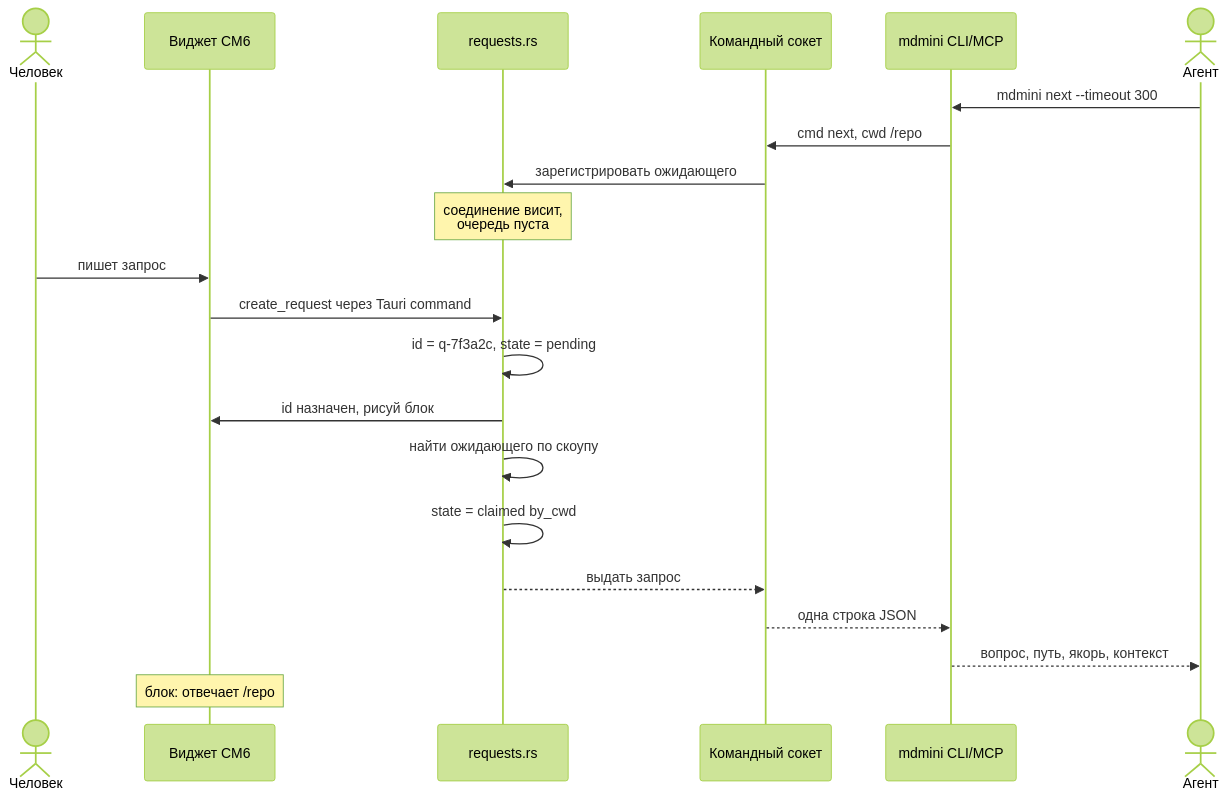
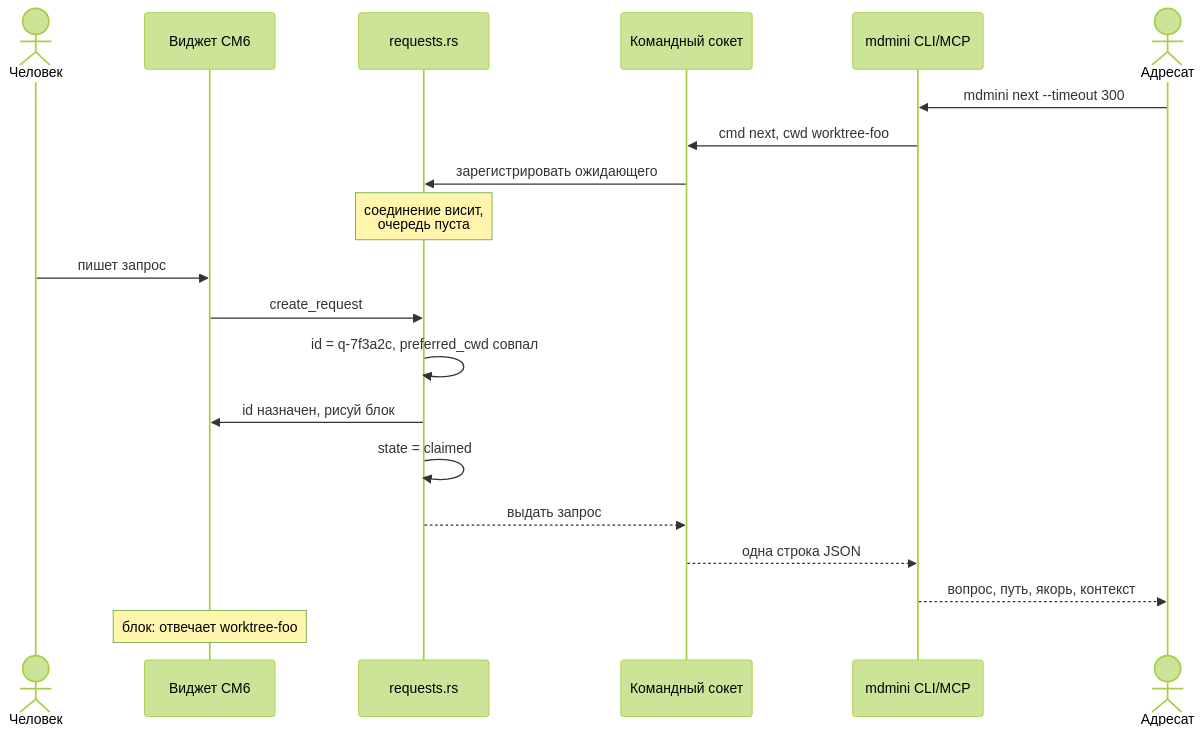
Diagram 12 of 19 in docs/superpowers/specs/2026-08-23-document-requests-design.md (malinborn/mdmini), drawn with Mermaid (forest theme) before and after one commit. The commit also changed other lines of this file, not shown here.

First line of the commit message:
docs: spec — how an agent starts listening, and aiming a request at its author

````diff
--- a/docs/superpowers/specs/2026-08-23-document-requests-design.md
+++ b/docs/superpowers/specs/2026-08-23-document-requests-design.md
@@ -172,25 +317,24 @@
 ```mermaid
 sequenceDiagram
     actor U as Человек
     participant W as Виджет CM6
     participant R as requests.rs
     participant S as Командный сокет
     participant C as mdmini CLI/MCP
-    actor A as Агент
+    actor A as Адресат
 
     A->>C: mdmini next --timeout 300
-    C->>S: cmd next, cwd /repo
+    C->>S: cmd next, cwd worktree-foo
     S->>R: зарегистрировать ожидающего
     Note over R: соединение висит,<br/>очередь пуста
 
     U->>W: пишет запрос
-    W->>R: create_request через Tauri command
-    R->>R: id = q-7f3a2c, state = pending
+    W->>R: create_request
+    R->>R: id = q-7f3a2c, preferred_cwd совпал
     R->>W: id назначен, рисуй блок
-    R->>R: найти ожидающего по скоупу
-    R->>R: state = claimed by_cwd
+    R->>R: state = claimed
     R-->>S: выдать запрос
     S-->>C: одна строка JSON
     C-->>A: вопрос, путь, якорь, контекст
-    Note over W: блок: отвечает /repo
+    Note over W: блок: отвечает worktree-foo
 ```
````
